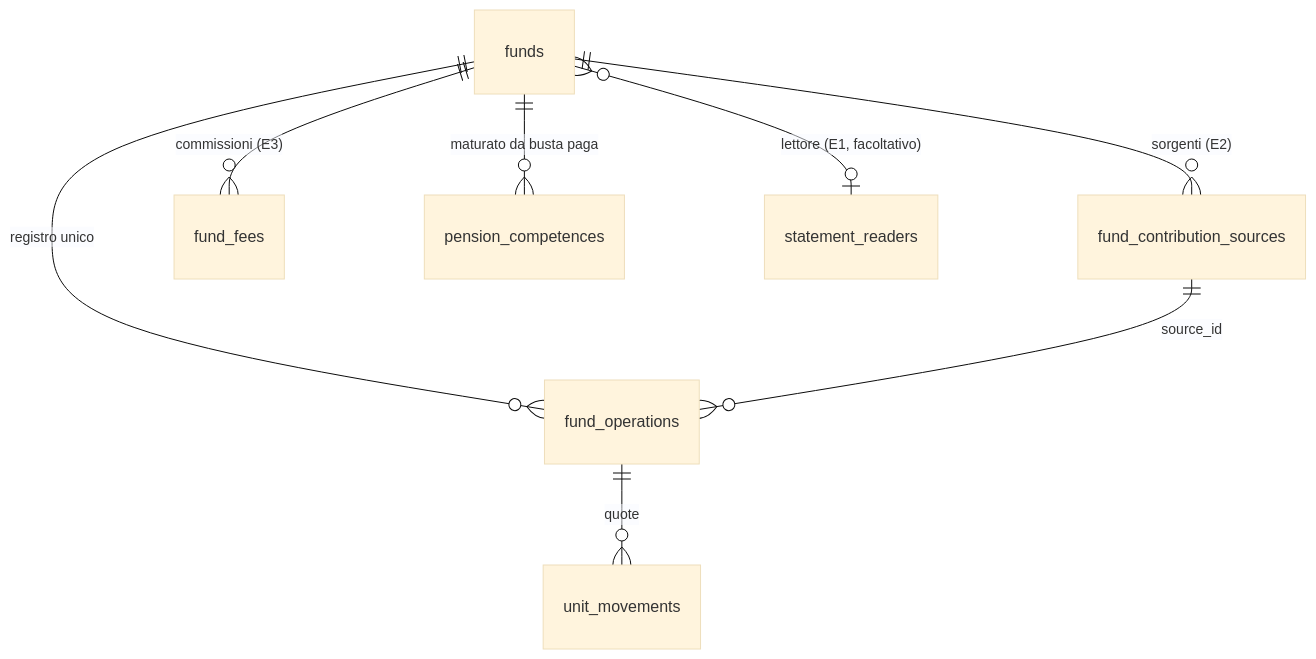
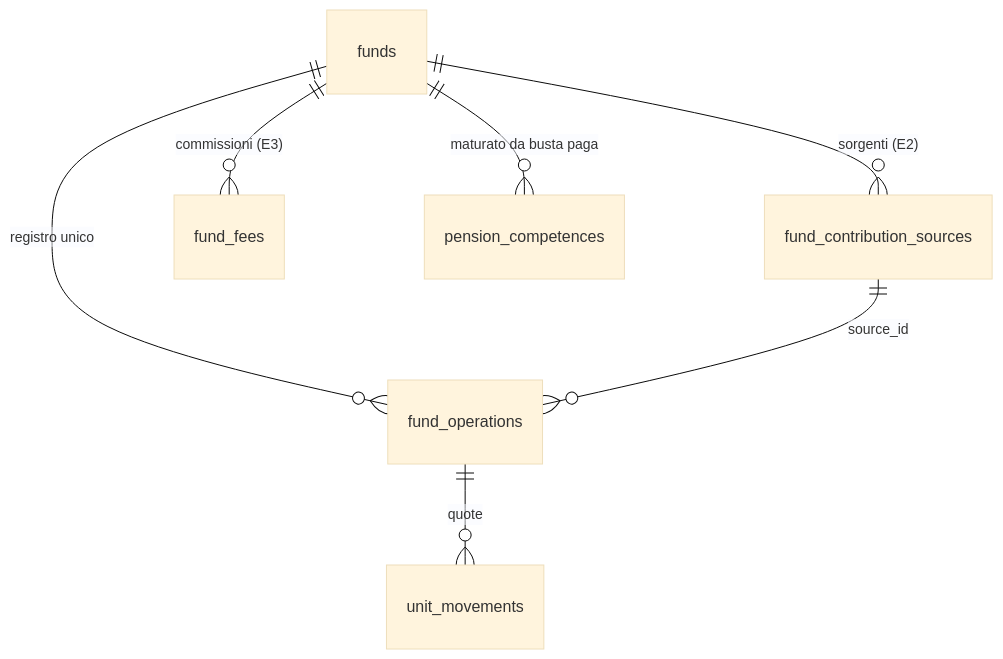
The diagram in docs/design/rewrite-plan/11-standardization.md (mattia-longobardo/Ledgerly), drawn with Mermaid (base theme) before and after one commit. The commit also changed other lines of this file and 9 other files, not shown here.

````diff
--- a/docs/design/rewrite-plan/11-standardization.md
+++ b/docs/design/rewrite-plan/11-standardization.md
@@ -51,10 +52,9 @@
 ```mermaid
 erDiagram
   funds ||--o{ fund_contribution_sources : "sorgenti (E2)"
   funds ||--o{ fund_fees : "commissioni (E3)"
   funds ||--o{ fund_operations : "registro unico"
   fund_contribution_sources ||--o{ fund_operations : "source_id"
   fund_operations ||--o{ unit_movements : "quote"
   funds ||--o{ pension_competences : "maturato da busta paga"
-  funds }o--o| statement_readers : "lettore (E1, facoltativo)"
 ```
````
